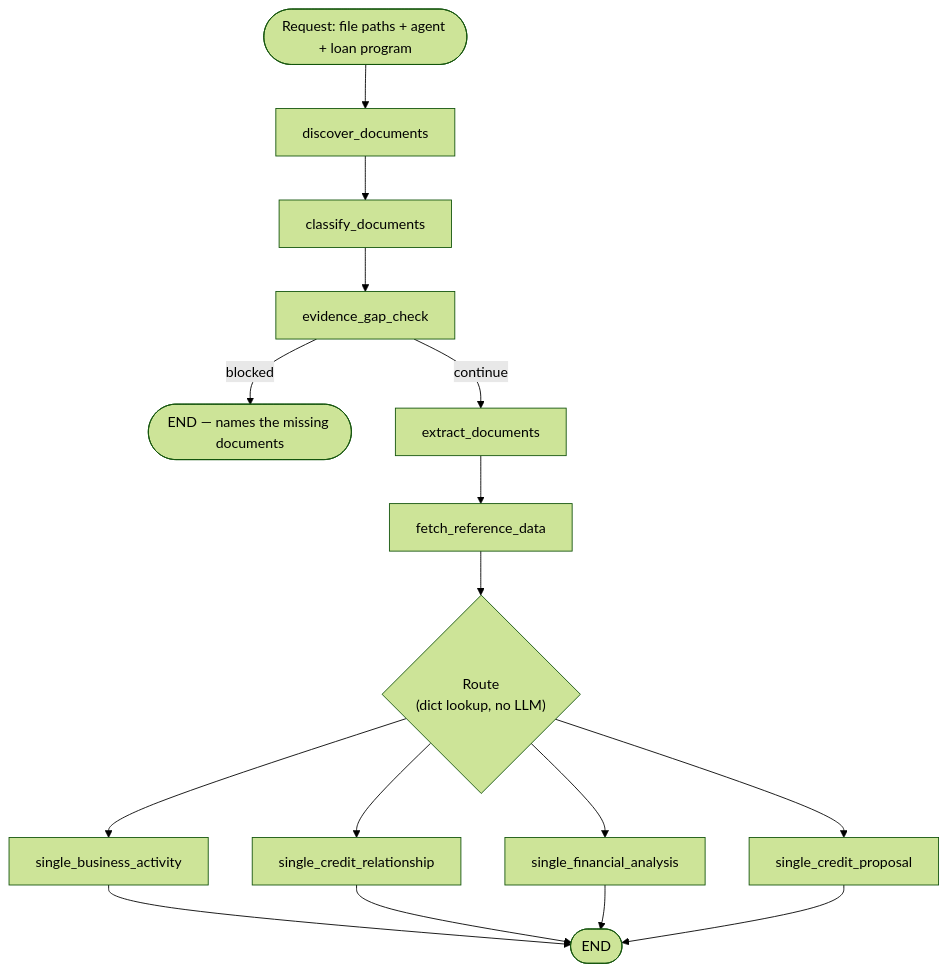
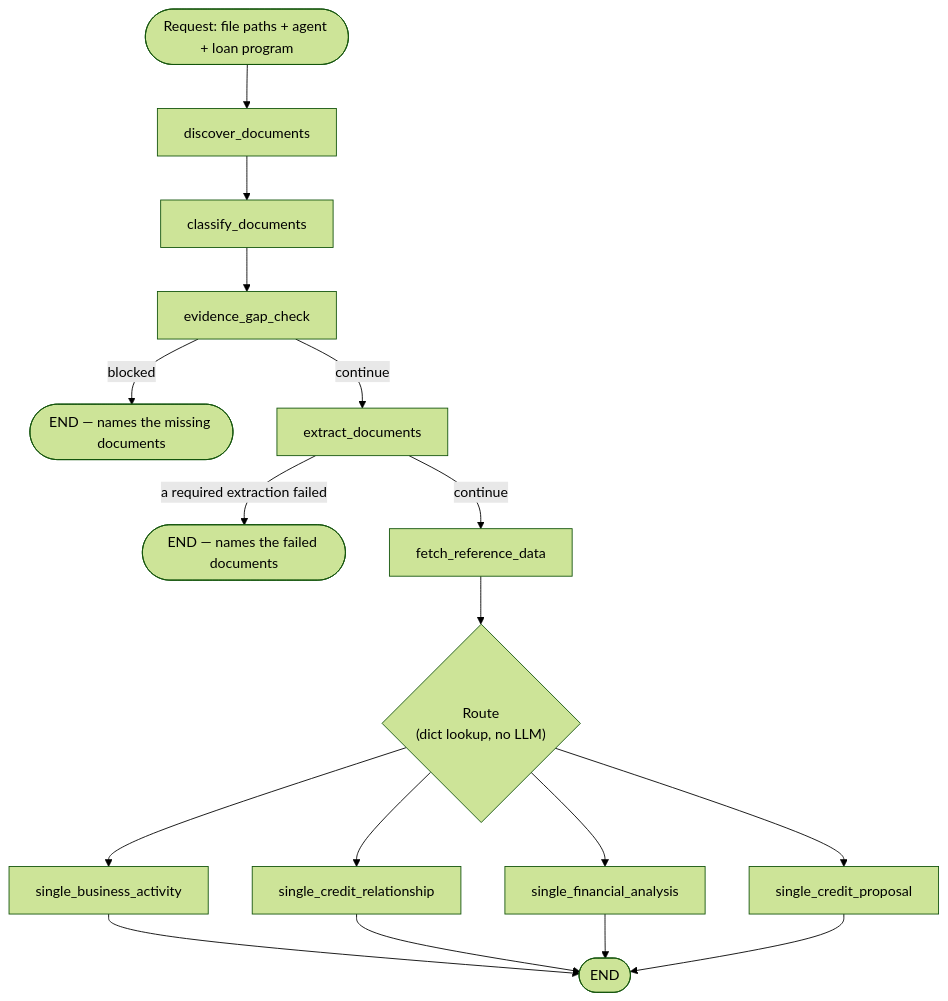
One commit to hodongtu/SME-creditmemo-multi-agent changed the first of 11 diagrams in docs/technical-solution.md. Above: the diagram before and after it, drawn with Mermaid (forest theme). The commit also changed other lines of this file and 1 other file, not shown here.

First line of the commit message:
Stop the run when a required extraction fails

````diff
--- a/docs/technical-solution.md
+++ b/docs/technical-solution.md
@@ -95,18 +95,19 @@
 ```mermaid
 flowchart TD
     START(["Request: file paths + agent + loan program"]) --> A[discover_documents]
     A --> B[classify_documents]
     B --> C[evidence_gap_check]
     C -->|blocked| E1(["END — names the missing documents"])
     C -->|continue| D[extract_documents]
-    D --> F[fetch_reference_data]
+    D -->|"a required extraction failed"| E3(["END — names the failed documents"])
+    D -->|continue| F[fetch_reference_data]
     F --> R{"Route<br/>(dict lookup, no LLM)"}
     R --> G1[single_business_activity]
     R --> G2[single_credit_relationship]
     R --> G3[single_financial_analysis]
     R --> G4[single_credit_proposal]
     G1 --> E2(["END"])
     G2 --> E2
     G3 --> E2
     G4 --> E2
 ```
````
